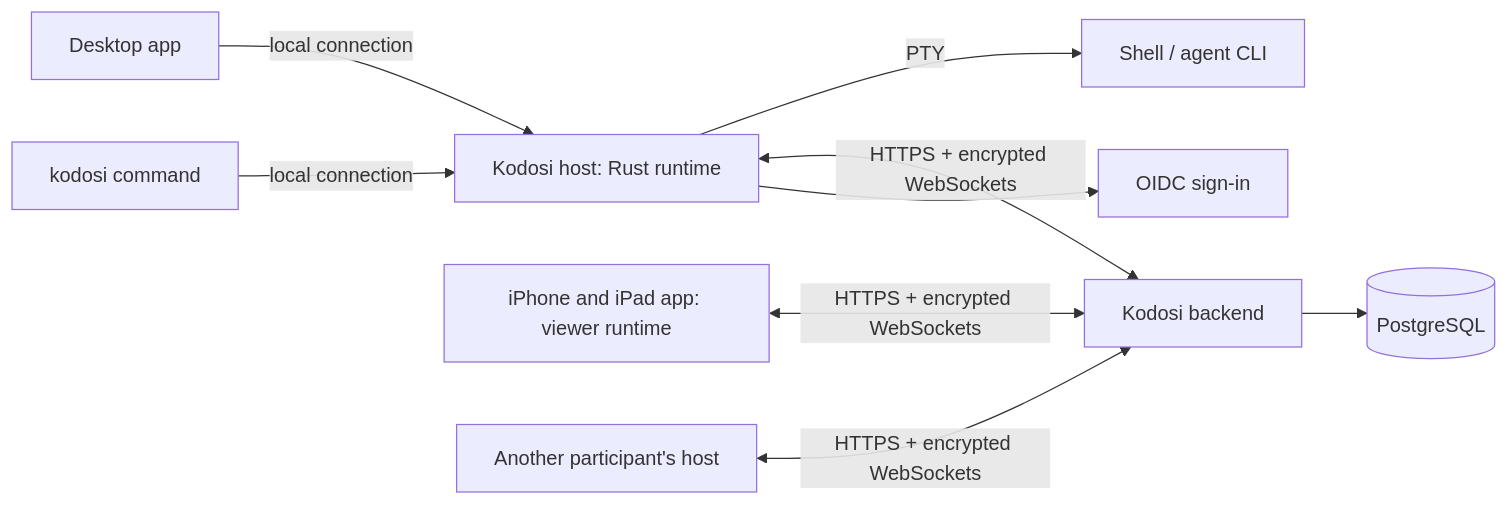
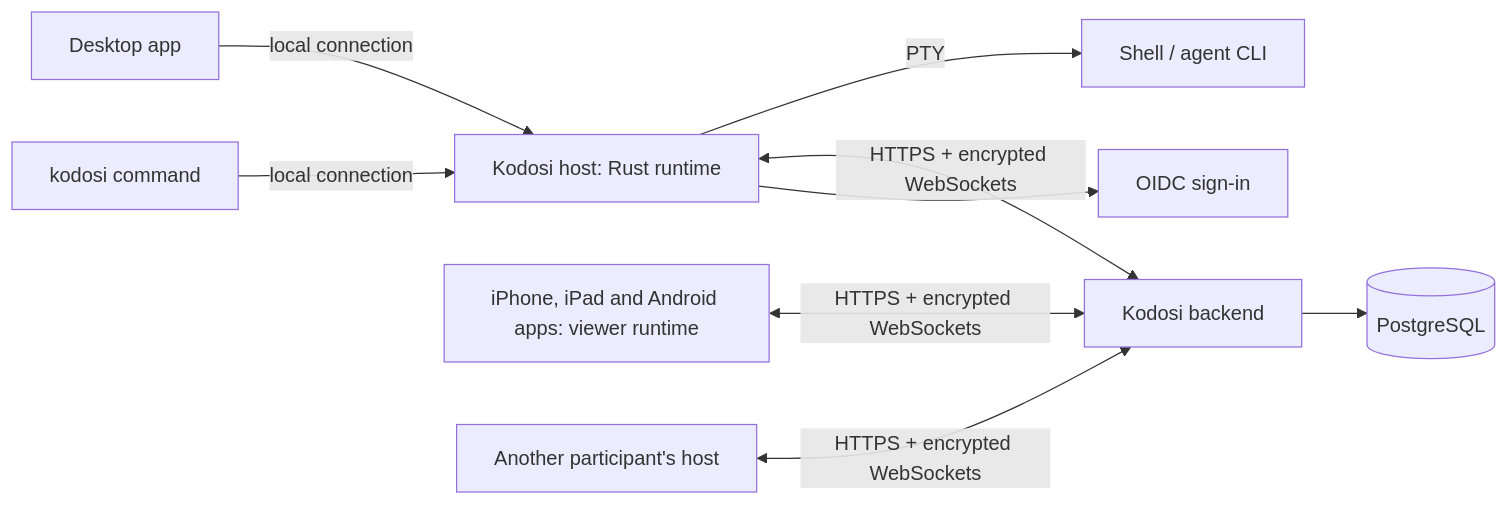
One commit to johnkozaris/Kodosi changed the diagram in docs/ARCHITECTURE.md. Above: the diagram before and after it, drawn with Mermaid. The commit also changed other lines of this file and 169 other files, not shown here.

````diff
--- a/docs/ARCHITECTURE.md
+++ b/docs/ARCHITECTURE.md
@@ -3,11 +3,11 @@
 ```mermaid
 flowchart LR
     App["Desktop app"] -->|local connection| Host["Kodosi host: Rust runtime"]
     CLI["kodosi command"] -->|local connection| Host
     Host -->|PTY| Shell["Shell / agent CLI"]
     Host <-->|HTTPS + encrypted WebSockets| Backend["Kodosi backend"]
-    Phone["iPhone and iPad app: viewer runtime"] <-->|HTTPS + encrypted WebSockets| Backend
+    Phone["iPhone, iPad and Android apps: viewer runtime"] <-->|HTTPS + encrypted WebSockets| Backend
     Other["Another participant's host"] <-->|HTTPS + encrypted WebSockets| Backend
     Backend --> DB[(PostgreSQL)]
     Host --> OIDC["OIDC sign-in"]
 ```
````
